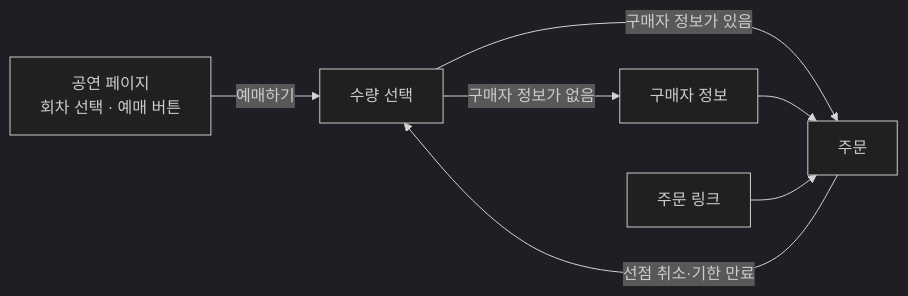
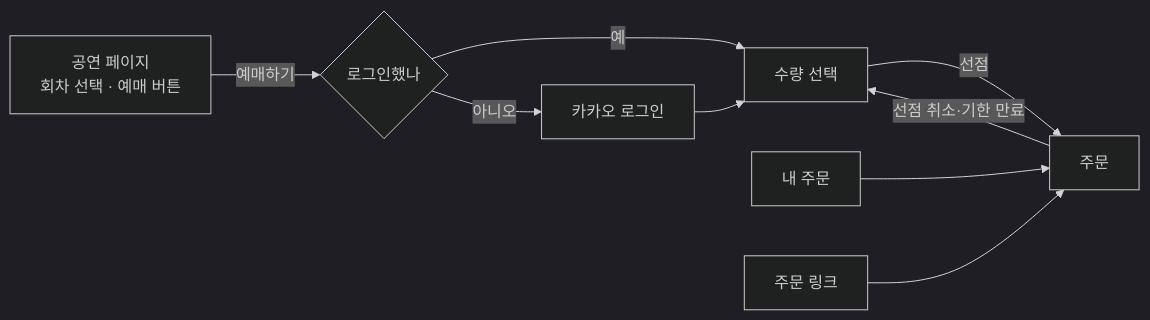
Before and after one commit to SeHyeonCho/openrun: the third of 3 diagrams in docs/spec/booking-flow.md, drawn with Mermaid (dark theme). The commit also changed other lines of this file and 1 other file, not shown here.

Commit message:
docs: 구매자 구분을 카카오 로그인으로 변경

````diff
--- a/docs/spec/booking-flow.md
+++ b/docs/spec/booking-flow.md
@@ -239,9 +251,11 @@
 ```mermaid
 flowchart LR
-    A["공연 페이지<br/>회차 선택 · 예매 버튼"] -->|예매하기| B[수량 선택]
-    B -->|구매자 정보가 있음| D[주문]
-    B -->|구매자 정보가 없음| C[구매자 정보]
-    C --> D
+    A["공연 페이지<br/>회차 선택 · 예매 버튼"] -->|예매하기| K{로그인했나}
+    K -->|예| B[수량 선택]
+    K -->|아니오| C[카카오 로그인]
+    C --> B
+    B -->|선점| D[주문]
     D -->|선점 취소·기한 만료| B
+    M[내 주문] --> D
     L[주문 링크] --> D
 ```
````
